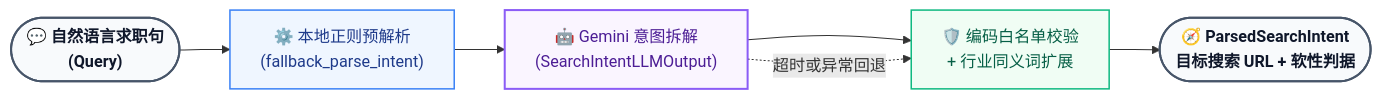
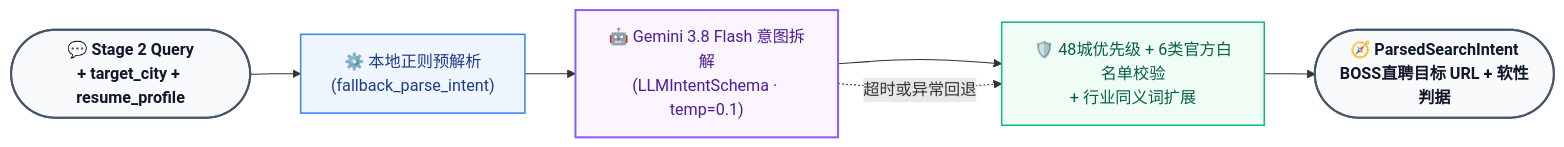
The fourth of 6 diagrams in system_design.md (jason-haha-69135/boss-zhipin-crawler), drawn with Mermaid before and after one commit. The commit also changed other lines of this file and 108 other files, not shown here.

Commit message:
feat: complete Stage 1-5 OpenSpec architecture, upgrades, Argon eval suite & full #eval dashboard

````diff
--- a/system_design.md
+++ b/system_design.md
@@ -274,21 +345,21 @@
 ```mermaid
 flowchart LR
-    RawQ(["💬 自然语言求职句\n(Query)"])
+    RawQ(["💬 Stage 2 Query\n+ target_city + resume_profile"])
     LocalPre["⚙️ 本地正则预解析\n(fallback_parse_intent)"]
-    LLMParse["🤖 Gemini 意图拆解\n(SearchIntentLLMOutput)"]
-    Validate["🛡️ 编码白名单校验\n+ 行业同义词扩展"]
-    Out(["🧭 ParsedSearchIntent\n目标搜索 URL + 软性判据"])
+    LLMParse["🤖 Gemini 3.8 Flash 意图拆解\n(LLMIntentSchema · temp=0.1)"]
+    Validate["🛡️ 48城优先级 + 6类官方白名单校验\n+ 行业同义词扩展"]
+    Out(["🧭 ParsedSearchIntent\nBOSS直聘目标 URL + 软性判据"])
 
     RawQ --> LocalPre --> LLMParse --> Validate --> Out
     LLMParse -.->|"超时或异常回退"| Validate
 
     classDef ioNode fill:#f8fafc,stroke:#475569,stroke-width:2px,color:#0f172a,font-weight:bold
     classDef regNode fill:#eff6ff,stroke:#3b82f6,stroke-width:1.5px,color:#1e3a8a
     classDef aiNode fill:#faf5ff,stroke:#8b5cf6,stroke-width:2px,color:#4c1d95
     classDef valNode fill:#f0fdf4,stroke:#10b981,stroke-width:1.5px,color:#065f46
 
     class RawQ,Out ioNode
     class LocalPre regNode
     class LLMParse aiNode
     class Validate valNode
 ```
````
